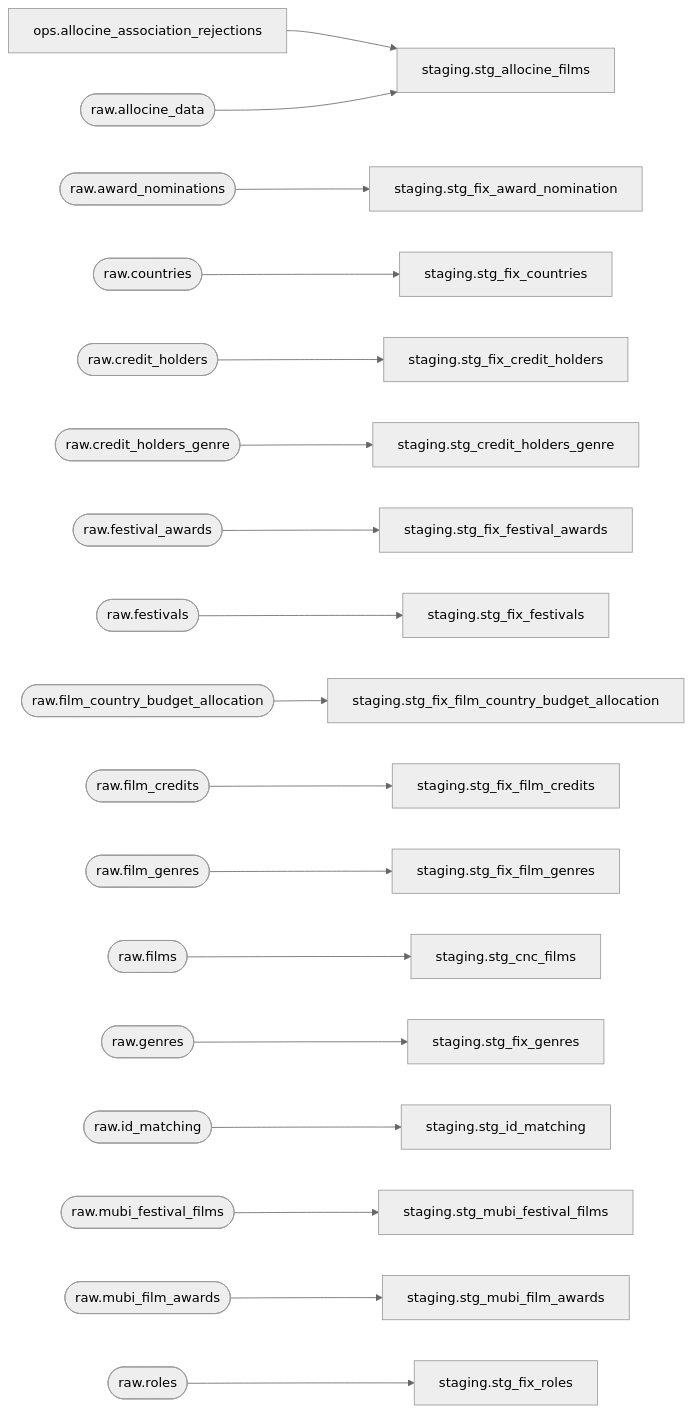
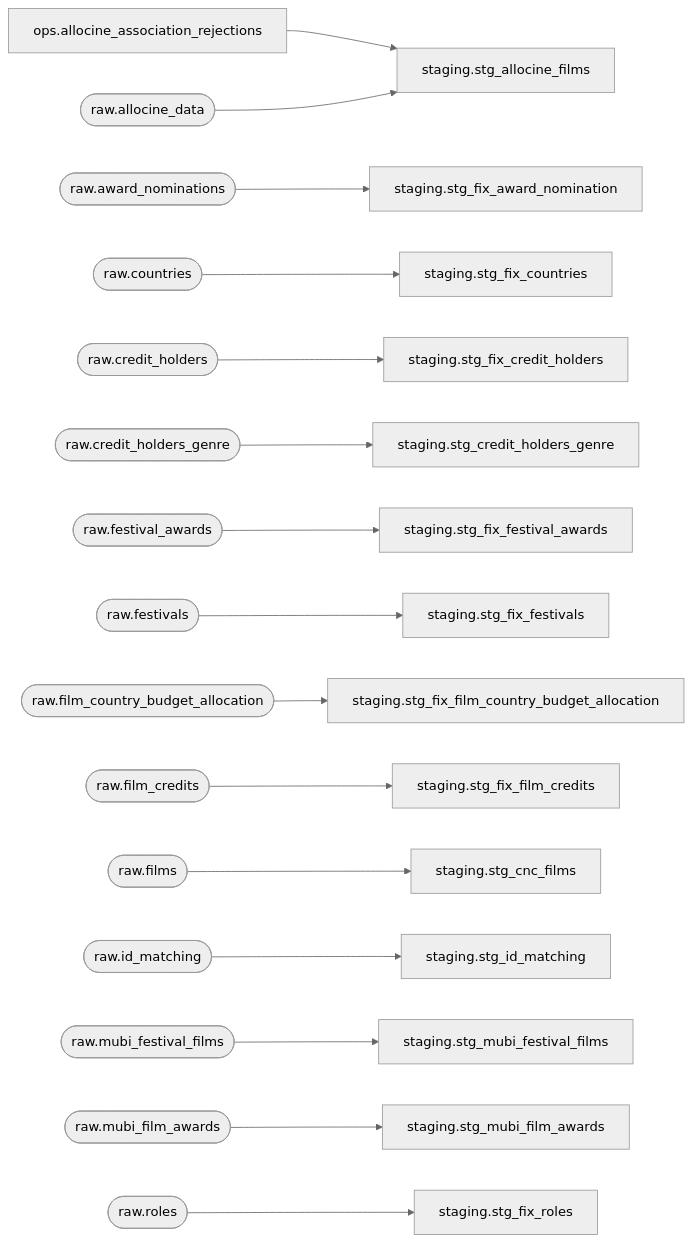
Before and after one commit to Le-Collectif-50-50/cinestats-5050: the fifth of 5 diagrams in docs/dbt-lineage.md, drawn with Mermaid (neutral theme). The commit also changed other lines of this file, not shown here.

````diff
--- a/docs/dbt-lineage.md
+++ b/docs/dbt-lineage.md
@@ -315,53 +289,47 @@
 ```mermaid
 flowchart LR
-  n30["staging.stg_allocine_films"]
-  n31["staging.stg_cnc_films"]
-  n32["staging.stg_credit_holders_genre"]
-  n33["staging.stg_fix_award_nomination"]
-  n34["staging.stg_fix_countries"]
-  n35["staging.stg_fix_credit_holders"]
-  n36["staging.stg_fix_festival_awards"]
-  n37["staging.stg_fix_festivals"]
-  n38["staging.stg_fix_film_country_budget_allocation"]
-  n39["staging.stg_fix_film_credits"]
-  n40["staging.stg_fix_film_genres"]
-  n41["staging.stg_fix_genres"]
-  n42["staging.stg_fix_roles"]
-  n43["staging.stg_id_matching"]
-  n44["staging.stg_mubi_festival_films"]
-  n45["staging.stg_mubi_film_awards"]
-  n47["ops.allocine_association_rejections"]
-  n49(["raw.allocine_data"])
-  n50(["raw.award_nominations"])
-  n51(["raw.countries"])
-  n52(["raw.credit_holders"])
-  n53(["raw.credit_holders_genre"])
-  n54(["raw.festival_awards"])
-  n55(["raw.festivals"])
-  n56(["raw.film_country_budget_allocation"])
-  n57(["raw.film_credits"])
-  n58(["raw.film_genres"])
-  n59(["raw.films"])
-  n60(["raw.genres"])
-  n61(["raw.id_matching"])
-  n62(["raw.mubi_festival_films"])
-  n63(["raw.mubi_film_awards"])
-  n64(["raw.roles"])
-  n47 --> n30
-  n49 --> n30
-  n50 --> n33
-  n51 --> n34
-  n52 --> n35
-  n53 --> n32
-  n54 --> n36
+  n26["staging.stg_allocine_films"]
+  n27["staging.stg_cnc_films"]
+  n28["staging.stg_credit_holders_genre"]
+  n29["staging.stg_fix_award_nomination"]
+  n30["staging.stg_fix_countries"]
+  n31["staging.stg_fix_credit_holders"]
+  n32["staging.stg_fix_festival_awards"]
+  n33["staging.stg_fix_festivals"]
+  n34["staging.stg_fix_film_country_budget_allocation"]
+  n35["staging.stg_fix_film_credits"]
+  n36["staging.stg_fix_roles"]
+  n37["staging.stg_id_matching"]
+  n38["staging.stg_mubi_festival_films"]
+  n39["staging.stg_mubi_film_awards"]
+  n41["ops.allocine_association_rejections"]
+  n43(["raw.allocine_data"])
+  n44(["raw.award_nominations"])
+  n45(["raw.countries"])
+  n46(["raw.credit_holders"])
+  n47(["raw.credit_holders_genre"])
+  n48(["raw.festival_awards"])
+  n49(["raw.festivals"])
+  n50(["raw.film_country_budget_allocation"])
+  n51(["raw.film_credits"])
+  n53(["raw.films"])
+  n55(["raw.id_matching"])
+  n56(["raw.mubi_festival_films"])
+  n57(["raw.mubi_film_awards"])
+  n58(["raw.roles"])
+  n41 --> n26
+  n43 --> n26
+  n44 --> n29
+  n45 --> n30
+  n46 --> n31
+  n47 --> n28
+  n48 --> n32
+  n49 --> n33
+  n50 --> n34
+  n51 --> n35
+  n53 --> n27
   n55 --> n37
   n56 --> n38
   n57 --> n39
-  n58 --> n40
-  n59 --> n31
-  n60 --> n41
-  n61 --> n43
-  n62 --> n44
-  n63 --> n45
-  n64 --> n42
+  n58 --> n36
 ```
````
